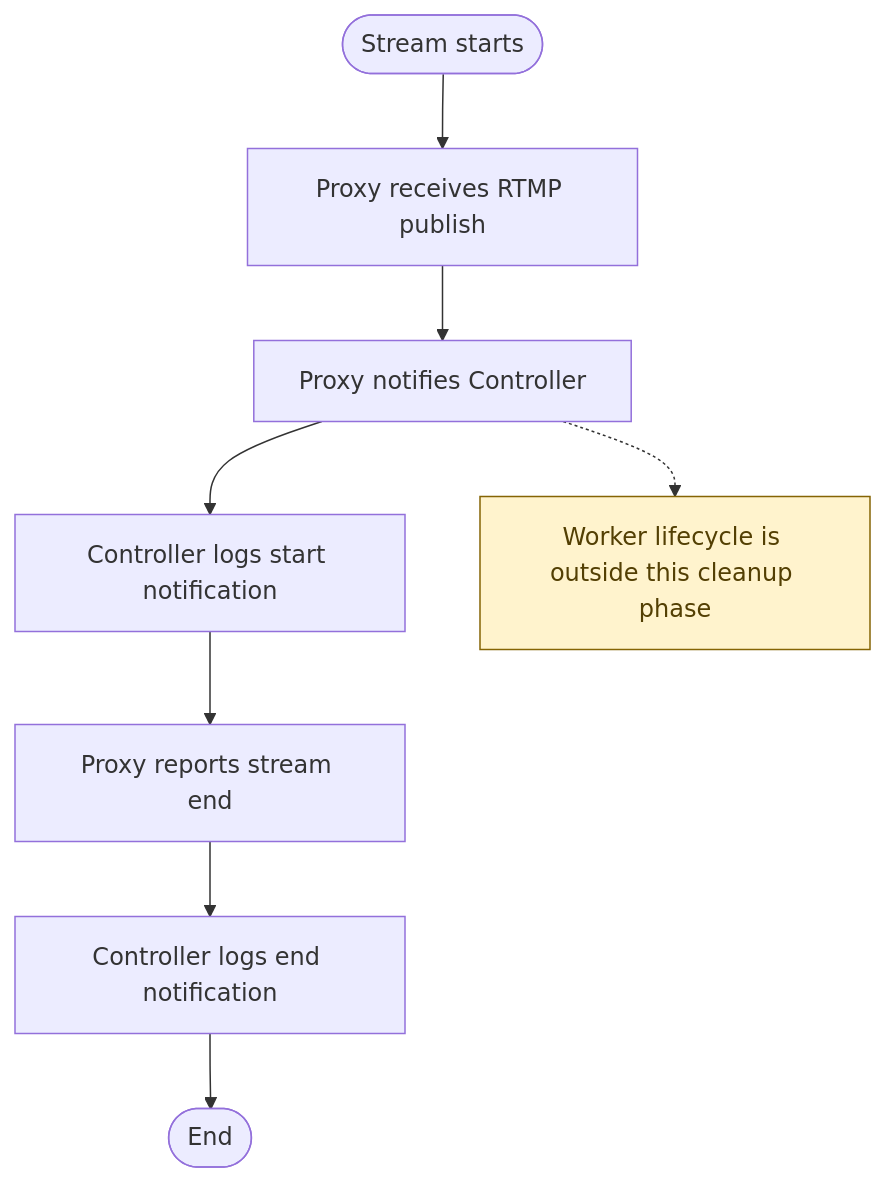
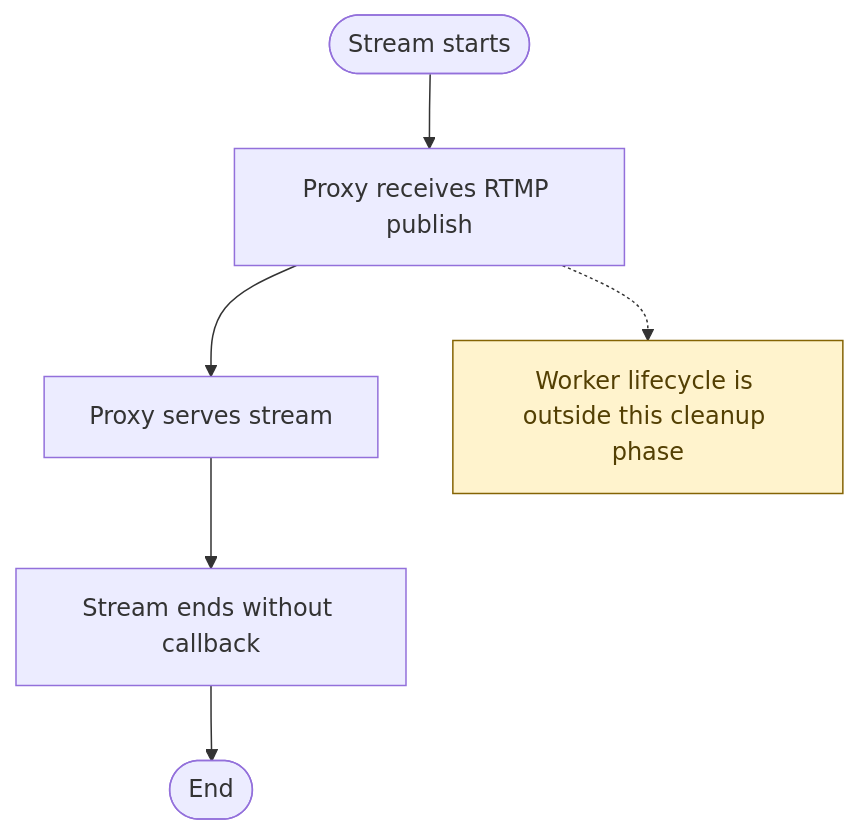
The diagram in diagrams/activity-flow-high-level.mmd (JadsonLucena/LiveEdgeCast), drawn with Mermaid before and after one commit. The commit also changed 11 other files, not shown here.

```diff
--- a/diagrams/activity-flow-high-level.mmd
+++ b/diagrams/activity-flow-high-level.mmd
@@ -1,10 +1,8 @@
 flowchart TD
     A([Stream starts]) --> B[Proxy receives RTMP publish]
-    B --> C[Proxy notifies Controller]
-    C --> D[Controller logs start notification]
-    D --> E[Proxy reports stream end]
-    E --> F[Controller logs end notification]
-    F --> G([End])
+    B --> C[Proxy serves stream]
+    C --> D[Stream ends without callback]
+    D --> G([End])
     M[Worker lifecycle is outside this cleanup phase]:::note
-    C -.-> M
+    B -.-> M
     classDef note fill:#fff3cd,stroke:#856404,color:#533f03
```
